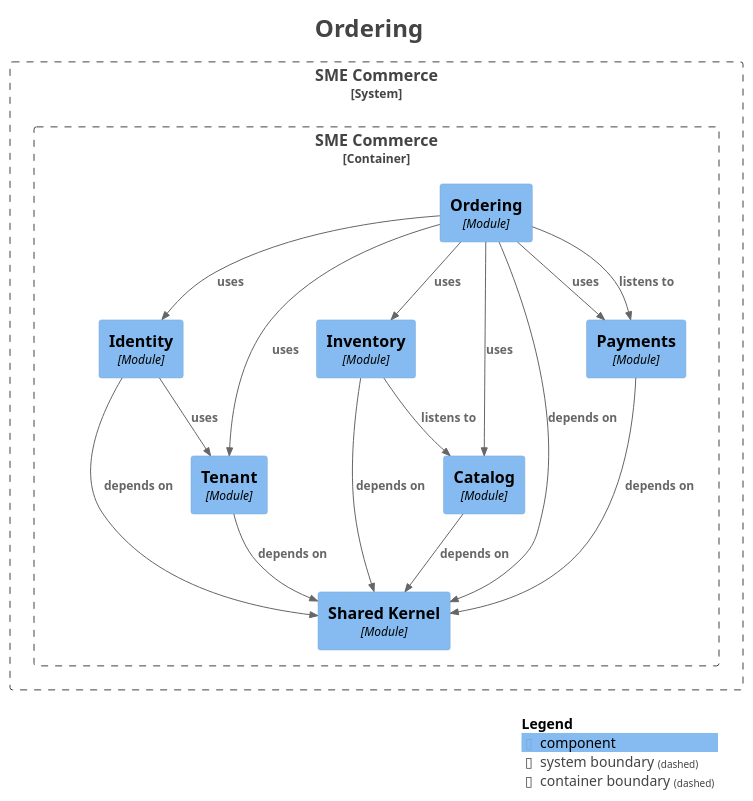
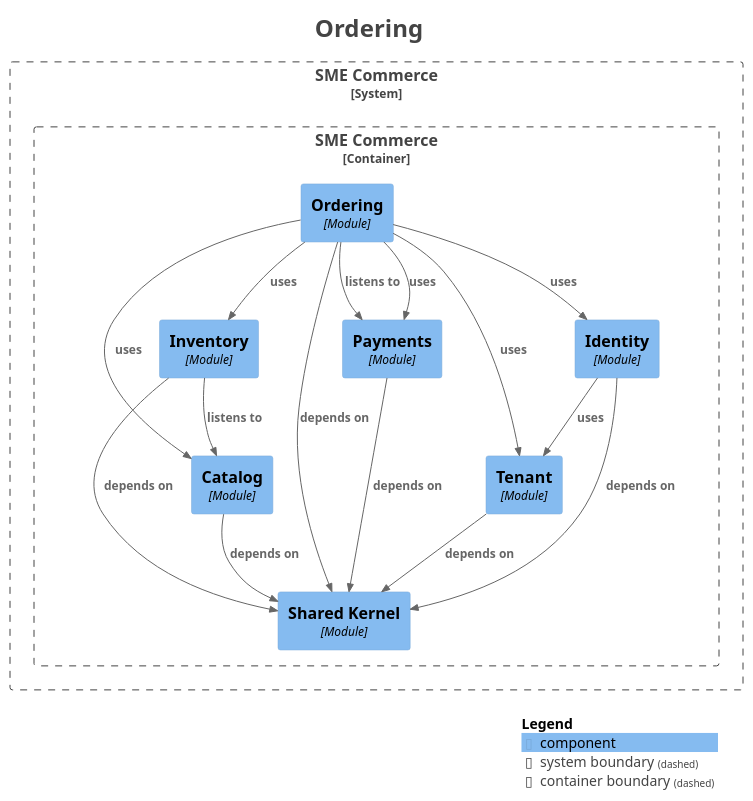
One commit to hezronokwach/sme-commerce-platform changed the diagram in docs/modules/module-ordering.puml. Above: the diagram before and after it, drawn with PlantUML. The commit also changed other lines of this file and 14 other files, not shown here.

```diff
--- a/docs/modules/module-ordering.puml
+++ b/docs/modules/module-ordering.puml
@@ -1,48 +1,48 @@
 @startuml
 title <size:24>Ordering</size>
 
 set separator none
 top to bottom direction
 
 <style>
   root {
     BackgroundColor: #ffffff
     FontColor: #444444
   }
 </style>
 
 !include <C4/C4>
 !include <C4/C4_Context>
 !include <C4/C4_Component>
 
 System_Boundary("SMECommerce_boundary", "SME Commerce", $tags="") {
   Container_Boundary("SMECommerce.SMECommerce_boundary", "SME Commerce", $tags="") {
-    Component(SMECommerce.SMECommerce.Identity, "Identity", $techn="Module", $descr="", $tags="", $link="")
     Component(SMECommerce.SMECommerce.Inventory, "Inventory", $techn="Module", $descr="", $tags="", $link="")
     Component(SMECommerce.SMECommerce.Ordering, "Ordering", $techn="Module", $descr="", $tags="", $link="")
     Component(SMECommerce.SMECommerce.SharedKernel, "Shared Kernel", $techn="Module", $descr="", $tags="", $link="")
     Component(SMECommerce.SMECommerce.Catalog, "Catalog", $techn="Module", $descr="", $tags="", $link="")
     Component(SMECommerce.SMECommerce.Payments, "Payments", $techn="Module", $descr="", $tags="", $link="")
     Component(SMECommerce.SMECommerce.Tenant, "Tenant", $techn="Module", $descr="", $tags="", $link="")
+    Component(SMECommerce.SMECommerce.Identity, "Identity", $techn="Module", $descr="", $tags="", $link="")
   }
 
 }
 
-Rel(SMECommerce.SMECommerce.Payments, SMECommerce.SMECommerce.SharedKernel, "depends on", $techn="", $tags="", $link="")
+Rel(SMECommerce.SMECommerce.Tenant, SMECommerce.SMECommerce.SharedKernel, "depends on", $techn="", $tags="", $link="")
 Rel(SMECommerce.SMECommerce.Ordering, SMECommerce.SMECommerce.Payments, "listens to", $techn="", $tags="", $link="")
 Rel(SMECommerce.SMECommerce.Ordering, SMECommerce.SMECommerce.SharedKernel, "depends on", $techn="", $tags="", $link="")
+Rel(SMECommerce.SMECommerce.Ordering, SMECommerce.SMECommerce.Tenant, "uses", $techn="", $tags="", $link="")
 Rel(SMECommerce.SMECommerce.Ordering, SMECommerce.SMECommerce.Inventory, "uses", $techn="", $tags="", $link="")
-Rel(SMECommerce.SMECommerce.Ordering, SMECommerce.SMECommerce.Tenant, "uses", $techn="", $tags="", $link="")
 Rel(SMECommerce.SMECommerce.Ordering, SMECommerce.SMECommerce.Catalog, "uses", $techn="", $tags="", $link="")
 Rel(SMECommerce.SMECommerce.Ordering, SMECommerce.SMECommerce.Identity, "uses", $techn="", $tags="", $link="")
 Rel(SMECommerce.SMECommerce.Ordering, SMECommerce.SMECommerce.Payments, "uses", $techn="", $tags="", $link="")
+Rel(SMECommerce.SMECommerce.Payments, SMECommerce.SMECommerce.SharedKernel, "depends on", $techn="", $tags="", $link="")
 Rel(SMECommerce.SMECommerce.Catalog, SMECommerce.SMECommerce.SharedKernel, "depends on", $techn="", $tags="", $link="")
-Rel(SMECommerce.SMECommerce.Tenant, SMECommerce.SMECommerce.SharedKernel, "depends on", $techn="", $tags="", $link="")
+Rel(SMECommerce.SMECommerce.Inventory, SMECommerce.SMECommerce.Catalog, "listens to", $techn="", $tags="", $link="")
+Rel(SMECommerce.SMECommerce.Inventory, SMECommerce.SMECommerce.SharedKernel, "depends on", $techn="", $tags="", $link="")
 Rel(SMECommerce.SMECommerce.Identity, SMECommerce.SMECommerce.SharedKernel, "depends on", $techn="", $tags="", $link="")
 Rel(SMECommerce.SMECommerce.Identity, SMECommerce.SMECommerce.Tenant, "uses", $techn="", $tags="", $link="")
-Rel(SMECommerce.SMECommerce.Inventory, SMECommerce.SMECommerce.Catalog, "listens to", $techn="", $tags="", $link="")
-Rel(SMECommerce.SMECommerce.Inventory, SMECommerce.SMECommerce.SharedKernel, "depends on", $techn="", $tags="", $link="")
 
 SHOW_LEGEND(true)
 hide stereotypes
 @enduml
```
